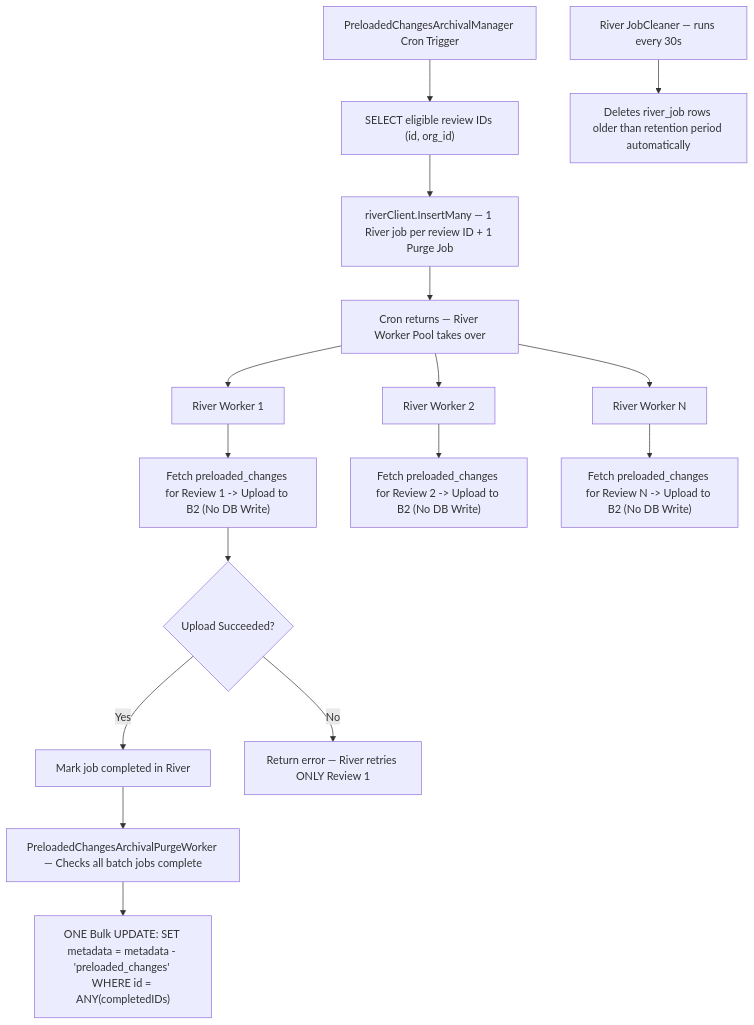
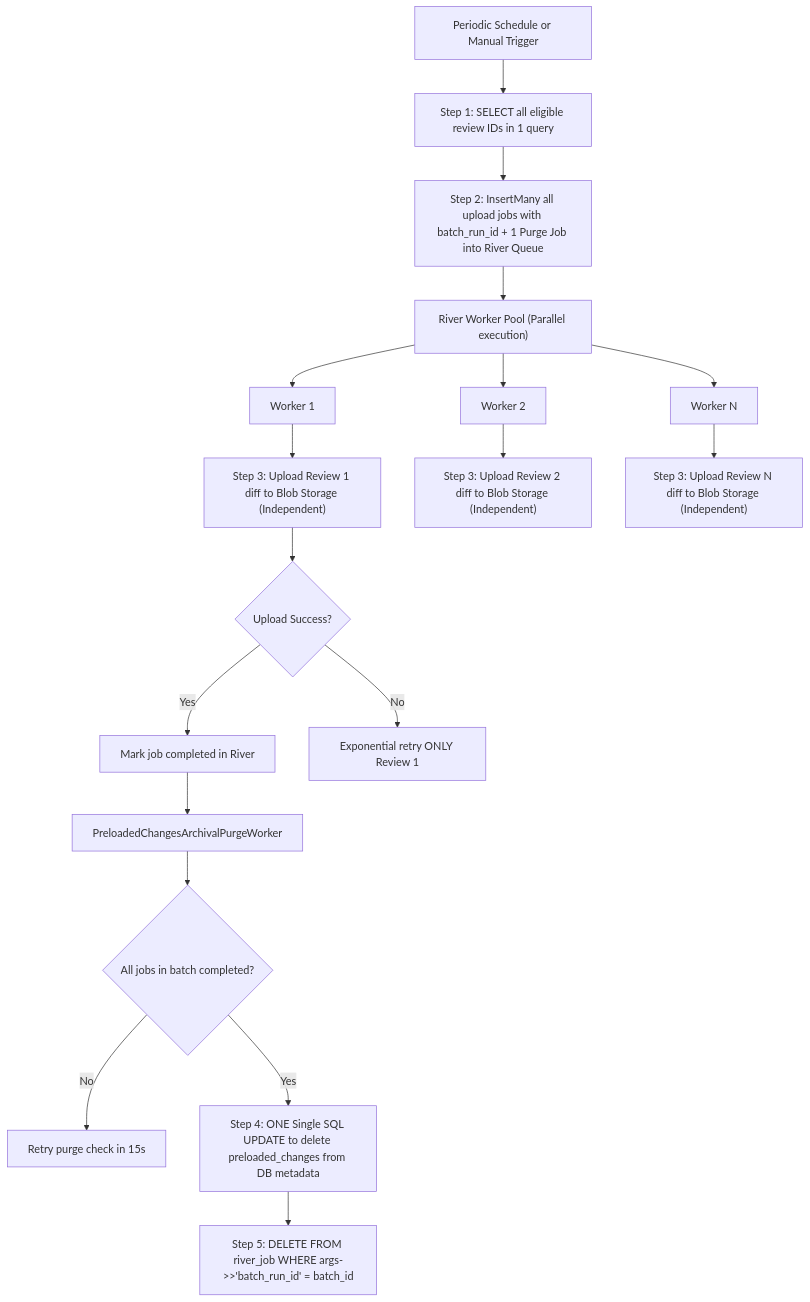
Before and after one commit to HexmosTech/LiveReview: the fifth of 5 diagrams in docs/architecture/diff_storage_offloading.md, drawn with Mermaid. The commit also changed other lines of this file and 7 other files, not shown here.

Commit message:
Migrate Preloaded Changes Archival to River Jobs

````diff
--- a/docs/architecture/diff_storage_offloading.md
+++ b/docs/architecture/diff_storage_offloading.md
@@ -207,23 +204,24 @@
 ```mermaid
 flowchart TD
-    A["PreloadedChangesArchivalManager Cron Trigger"] --> B["SELECT eligible review IDs (id, org_id)"]
-    B --> C["riverClient.InsertMany — 1 River job per review ID + 1 Purge Job"]
-    C --> D["Cron returns — River Worker Pool takes over"]
+    A["Periodic Schedule or Manual Trigger"] --> B["Step 1: SELECT all eligible review IDs in 1 query"]
+    B --> C["Step 2: InsertMany all upload jobs with batch_run_id + 1 Purge Job into River Queue"]
+    C --> D["River Worker Pool (Parallel execution)"]
 
-    D --> E1["River Worker 1"]
-    D --> E2["River Worker 2"]
-    D --> E3["River Worker N"]
+    D --> E1["Worker 1"]
+    D --> E2["Worker 2"]
+    D --> E3["Worker N"]
 
-    E1 --> F1["Fetch preloaded_changes for Review 1 -> Upload to B2 (No DB Write)"]
-    E2 --> F2["Fetch preloaded_changes for Review 2 -> Upload to B2 (No DB Write)"]
-    E3 --> F3["Fetch preloaded_changes for Review N -> Upload to B2 (No DB Write)"]
+    E1 --> F1["Step 3: Upload Review 1 diff to Blob Storage (Independent)"]
+    E2 --> F2["Step 3: Upload Review 2 diff to Blob Storage (Independent)"]
+    E3 --> F3["Step 3: Upload Review N diff to Blob Storage (Independent)"]
 
-    F1 --> G1{"Upload Succeeded?"}
+    F1 --> G1{"Upload Success?"}
     G1 -- "Yes" --> H1["Mark job completed in River"]
-    G1 -- "No" --> I1["Return error — River retries ONLY Review 1"]
+    G1 -- "No" --> I1["Exponential retry ONLY Review 1"]
 
-    H1 --> P["PreloadedChangesArchivalPurgeWorker — Checks all batch jobs complete"]
-    P --> Q["ONE Bulk UPDATE: SET metadata = metadata - 'preloaded_changes' WHERE id = ANY(completedIDs)"]
-
-    J["River JobCleaner — runs every 30s"] --> K["Deletes river_job rows older than retention period automatically"]
+    H1 --> P["PreloadedChangesArchivalPurgeWorker"]
+    P --> Q{"All jobs in batch completed?"}
+    Q -- "No" --> R["Retry purge check in 15s"]
+    Q -- "Yes" --> S["Step 4: ONE Single SQL UPDATE to delete preloaded_changes from DB metadata"]
+    S --> T["Step 5: DELETE FROM river_job WHERE args->>'batch_run_id' = batch_id"]
 ```
````
